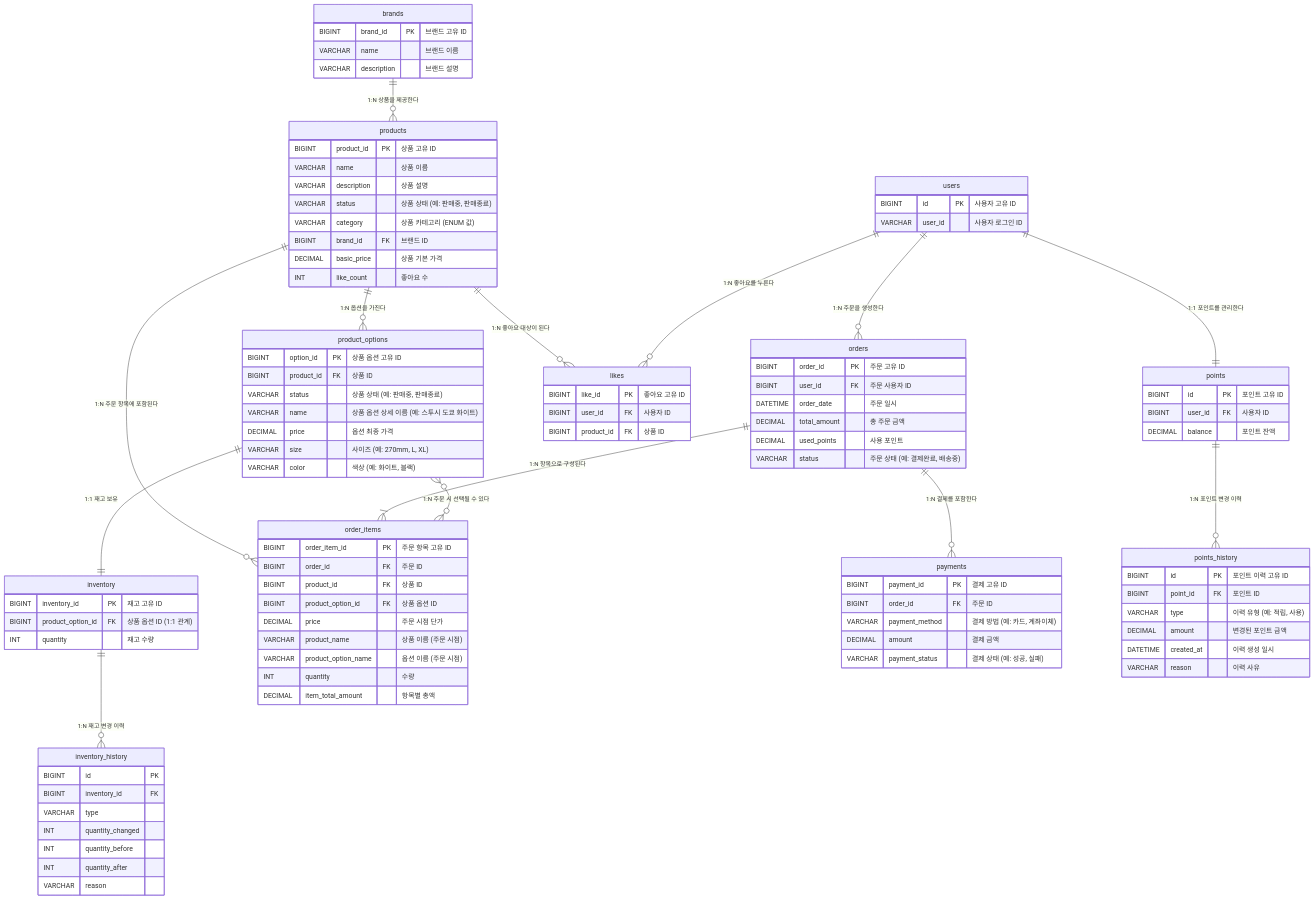
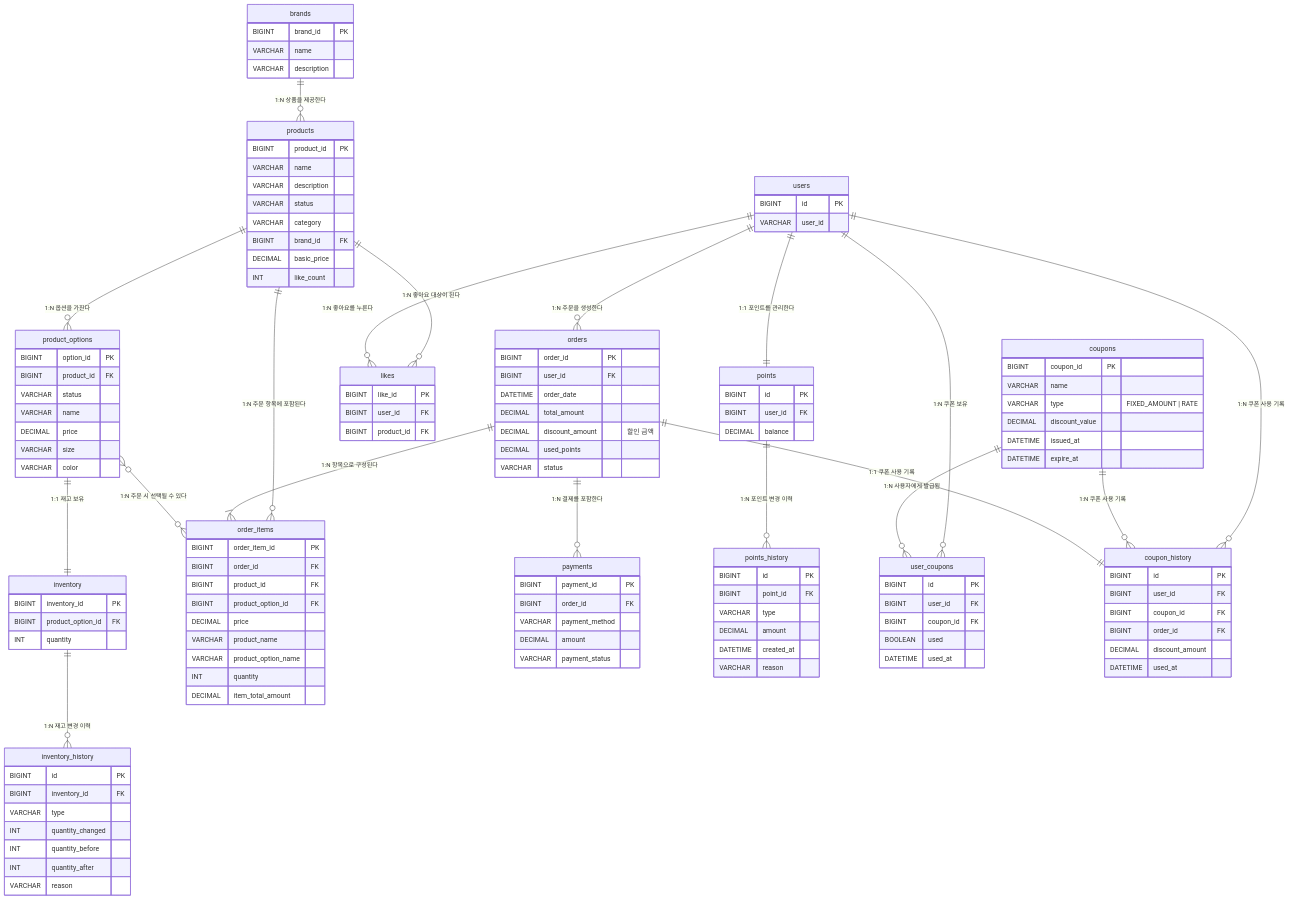
The diagram in docs/design/04-erd.md (JoshDevLab/loopers-commerce), drawn with Mermaid before and after one commit. The commit also changed 3 other files, not shown here.

Commit message:
docs: 요구사항정의서 및 클래스 다이어그램, 시퀀스 다이어그램, ERD 작성

````diff
--- a/docs/design/04-erd.md
+++ b/docs/design/04-erd.md
@@ -1,30 +1,30 @@
 ```mermaid
 erDiagram
     products {
-        BIGINT product_id PK "상품 고유 ID"
-        VARCHAR name "상품 이름"
-        VARCHAR description "상품 설명"
-        VARCHAR status "상품 상태 (예: 판매중, 판매종료)"
-        VARCHAR category "상품 카테고리 (ENUM 값)"
-        BIGINT brand_id FK "브랜드 ID"
-        DECIMAL basic_price "상품 기본 가격"
-        INT like_count "좋아요 수"
+        BIGINT product_id PK
+        VARCHAR name
+        VARCHAR description
+        VARCHAR status
+        VARCHAR category
+        BIGINT brand_id FK
+        DECIMAL basic_price
+        INT like_count
     }
 
     product_options {
-        BIGINT option_id PK "상품 옵션 고유 ID"
-        BIGINT product_id FK "상품 ID"
-        VARCHAR status "상품 상태 (예: 판매중, 판매종료)"
-        VARCHAR name "상품 옵션 상세 이름 (예: 스투시 도쿄 화이트)"
-        DECIMAL price "옵션 최종 가격"
-        VARCHAR size "사이즈 (예: 270mm, L, XL)"
-        VARCHAR color "색상 (예: 화이트, 블랙)"
+        BIGINT option_id PK
+        BIGINT product_id FK
+        VARCHAR status
+        VARCHAR name
+        DECIMAL price
+        VARCHAR size
+        VARCHAR color
     }
 
     inventory {
-        BIGINT inventory_id PK "재고 고유 ID"
-        BIGINT product_option_id FK "상품 옵션 ID (1:1 관계)"
-        INT quantity "재고 수량"
+        BIGINT inventory_id PK
+        BIGINT product_option_id FK
+        INT quantity
     }
 
     inventory_history {
@@ -38,64 +38,91 @@
     }
 
     brands {
-        BIGINT brand_id PK "브랜드 고유 ID"
-        VARCHAR name "브랜드 이름"
-        VARCHAR description "브랜드 설명"
+        BIGINT brand_id PK
+        VARCHAR name
+        VARCHAR description
     }
 
     users {
-        BIGINT id PK "사용자 고유 ID"
-        VARCHAR user_id "사용자 로그인 ID"
+        BIGINT id PK
+        VARCHAR user_id
     }
 
     points {
-        BIGINT id PK "포인트 고유 ID"
-        BIGINT user_id FK "사용자 ID"
-        DECIMAL balance "포인트 잔액"
+        BIGINT id PK
+        BIGINT user_id FK
+        DECIMAL balance
     }
 
     likes {
-        BIGINT like_id PK "좋아요 고유 ID"
-        BIGINT user_id FK "사용자 ID"
-        BIGINT product_id FK "상품 ID"
+        BIGINT like_id PK
+        BIGINT user_id FK
+        BIGINT product_id FK
     }
 
     orders {
-        BIGINT order_id PK "주문 고유 ID"
-        BIGINT user_id FK "주문 사용자 ID"
-        DATETIME order_date "주문 일시"
-        DECIMAL total_amount "총 주문 금액"
-        DECIMAL used_points "사용 포인트"
-        VARCHAR status "주문 상태 (예: 결제완료, 배송중)"
+        BIGINT order_id PK
+        BIGINT user_id FK
+        DATETIME order_date
+        DECIMAL total_amount
+        DECIMAL discount_amount "할인 금액"
+        DECIMAL used_points
+        VARCHAR status
     }
 
     order_items {
-        BIGINT order_item_id PK "주문 항목 고유 ID"
-        BIGINT order_id FK "주문 ID"
-        BIGINT product_id FK "상품 ID"
-        BIGINT product_option_id FK "상품 옵션 ID"
-        DECIMAL price "주문 시점 단가"
-        VARCHAR product_name "상품 이름 (주문 시점)"
-        VARCHAR product_option_name "옵션 이름 (주문 시점)"
-        INT quantity "수량"
-        DECIMAL item_total_amount "항목별 총액"
+        BIGINT order_item_id PK
+        BIGINT order_id FK
+        BIGINT product_id FK
+        BIGINT product_option_id FK
+        DECIMAL price
+        VARCHAR product_name
+        VARCHAR product_option_name
+        INT quantity
+        DECIMAL item_total_amount
     }
-    
+
     payments {
-        BIGINT payment_id PK "결제 고유 ID"
-        BIGINT order_id FK "주문 ID"
-        VARCHAR payment_method "결제 방법 (예: 카드, 계좌이체)"
-        DECIMAL amount "결제 금액"
-        VARCHAR payment_status "결제 상태 (예: 성공, 실패)"
+        BIGINT payment_id PK
+        BIGINT order_id FK
+        VARCHAR payment_method
+        DECIMAL amount
+        VARCHAR payment_status
     }
-    
+
     points_history {
-        BIGINT id PK "포인트 이력 고유 ID"
-        BIGINT point_id FK "포인트 ID"
-        VARCHAR type "이력 유형 (예: 적립, 사용)"
-        DECIMAL amount "변경된 포인트 금액"
-        DATETIME created_at "이력 생성 일시"
-        VARCHAR reason "이력 사유"
+        BIGINT id PK
+        BIGINT point_id FK
+        VARCHAR type
+        DECIMAL amount
+        DATETIME created_at
+        VARCHAR reason
+    }
+
+    coupons {
+        BIGINT coupon_id PK
+        VARCHAR name
+        VARCHAR type "FIXED_AMOUNT | RATE"
+        DECIMAL discount_value
+        DATETIME issued_at
+        DATETIME expire_at
+    }
+
+    user_coupons {
+        BIGINT id PK
+        BIGINT user_id FK
+        BIGINT coupon_id FK
+        BOOLEAN used
+        DATETIME used_at
+    }
+
+    coupon_history {
+        BIGINT id PK
+        BIGINT user_id FK
+        BIGINT coupon_id FK
+        BIGINT order_id FK
+        DECIMAL discount_amount
+        DATETIME used_at
     }
 
     products ||--o{ product_options : "1:N 옵션을 가진다"
@@ -111,4 +138,10 @@
     product_options ||--|| inventory : "1:1 재고 보유"
     inventory ||--o{ inventory_history : "1:N 재고 변경 이력"
     points ||--o{ points_history : "1:N 포인트 변경 이력"
+
+    users ||--o{ user_coupons : "1:N 쿠폰 보유"
+    coupons ||--o{ user_coupons : "1:N 사용자에게 발급됨"
+    users ||--o{ coupon_history : "1:N 쿠폰 사용 기록"
+    coupons ||--o{ coupon_history : "1:N 쿠폰 사용 기록"
+    orders ||--|| coupon_history : "1:1 쿠폰 사용 기록"
 ```
````
